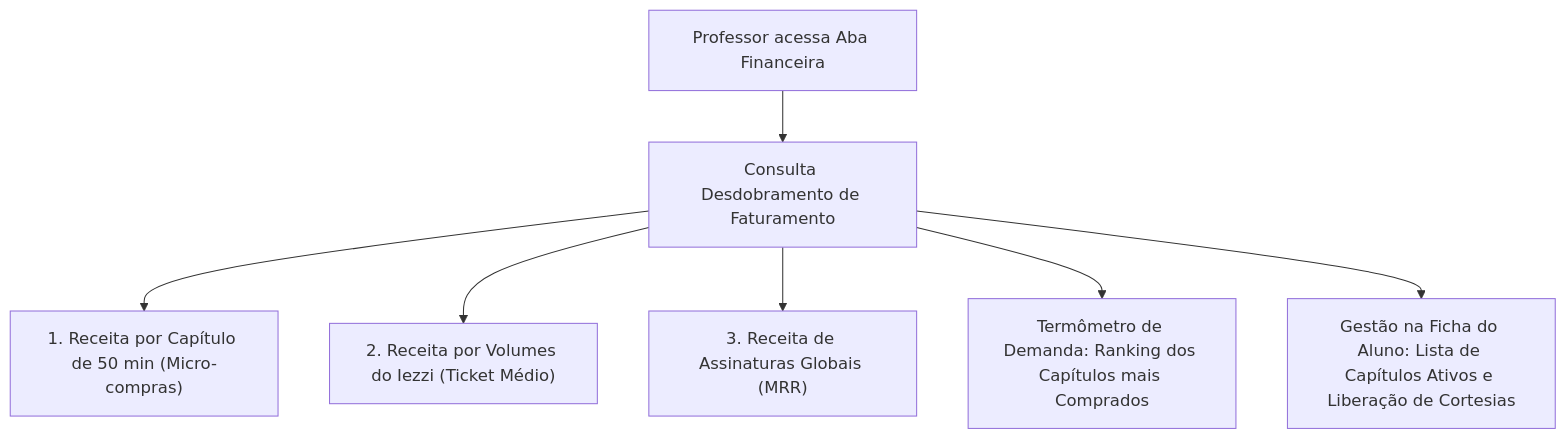
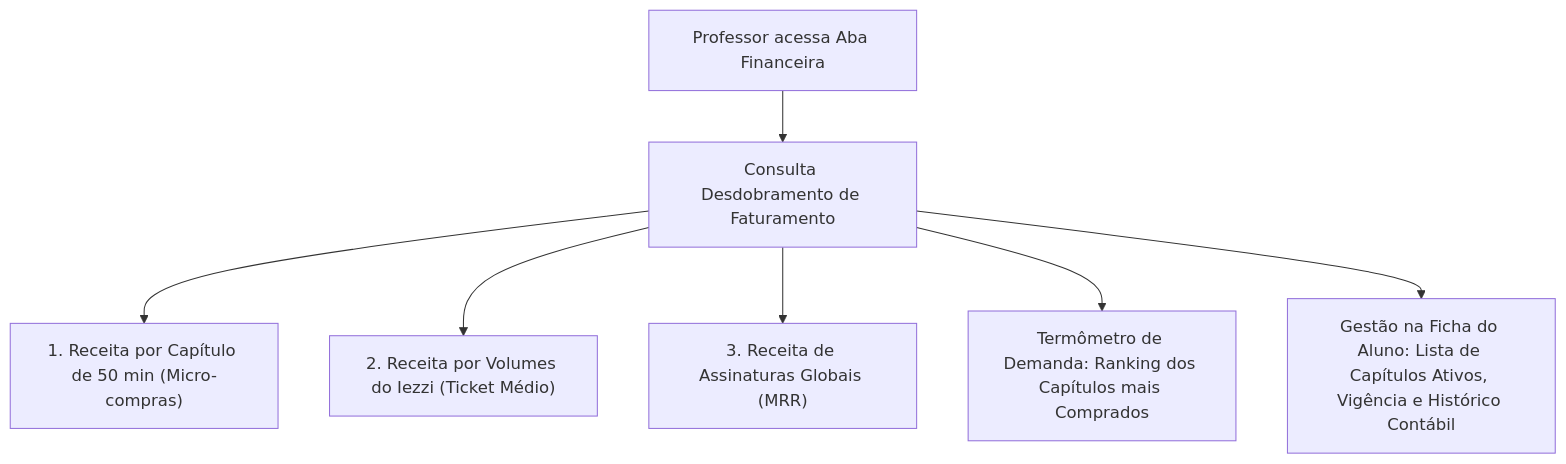
One commit to SiadeLucas/Tutor-Inteligente changed the diagram in docs/modules/pagamento/flow/painel-comercial.md. Above: the diagram before and after it, drawn with Mermaid. The commit also changed 28 other files, not shown here.

````diff
--- a/docs/modules/pagamento/flow/painel-comercial.md
+++ b/docs/modules/pagamento/flow/painel-comercial.md
@@ -15,12 +15,12 @@
 ```mermaid
 flowchart TD
     A["Professor acessa Aba Financeira"] --> B["Consulta Desdobramento de Faturamento"]
     
     B --> C["1. Receita por Capítulo de 50 min (Micro-compras)"]
     B --> D["2. Receita por Volumes do Iezzi (Ticket Médio)"]
     B --> E["3. Receita de Assinaturas Globais (MRR)"]
     
     B --> F["Termômetro de Demanda: Ranking dos Capítulos mais Comprados"]
     
-    B --> G["Gestão na Ficha do Aluno: Lista de Capítulos Ativos e Liberação de Cortesias"]
+    B --> G["Gestão na Ficha do Aluno: Lista de Capítulos Ativos, Vigência e Histórico Contábil"]
 ```
````
